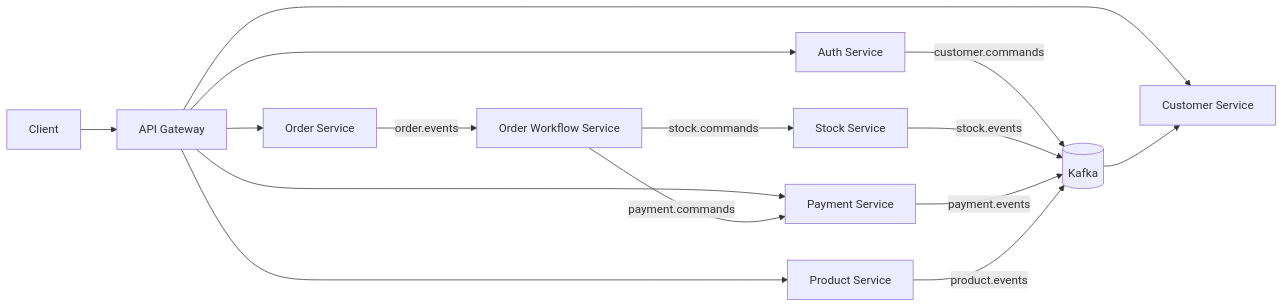
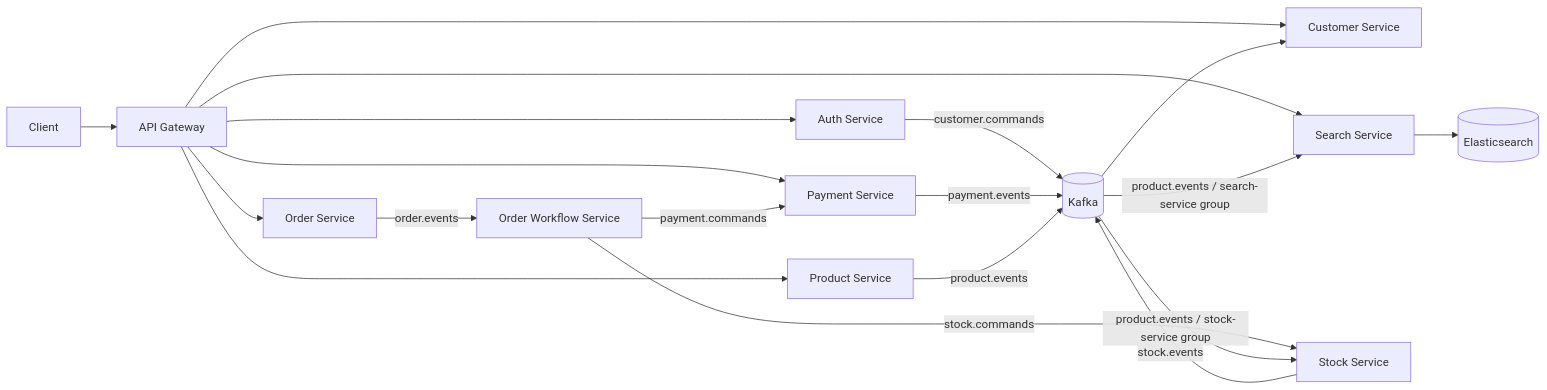
Before and after one commit to erkutoguz/ecommerce: the diagram in README.md, drawn with Mermaid. The commit also changed other lines of this file and 2 other files, not shown here.

Commit message:
feat: integrate search runtime and document search architecture

````diff
--- a/README.md
+++ b/README.md
@@ -29,18 +29,22 @@
 ```mermaid
 flowchart LR
     Client --> Gateway[API Gateway]
     Gateway --> Auth[Auth Service]
     Gateway --> Customer[Customer Service]
     Gateway --> Product[Product Service]
+    Gateway --> Search[Search Service]
     Gateway --> Order[Order Service]
     Gateway --> Payment[Payment Service]
 
     Auth -->|customer.commands| Kafka[(Kafka)]
     Kafka --> Customer
     Order -->|order.events| Workflow[Order Workflow Service]
     Workflow -->|stock.commands| Stock[Stock Service]
     Workflow -->|payment.commands| Payment
     Stock -->|stock.events| Kafka
     Payment -->|payment.events| Kafka
     Product -->|product.events| Kafka
+    Kafka -->|product.events / stock-service group| Stock
+    Kafka -->|product.events / search-service group| Search
+    Search --> Elasticsearch[(Elasticsearch)]
 ```
````
